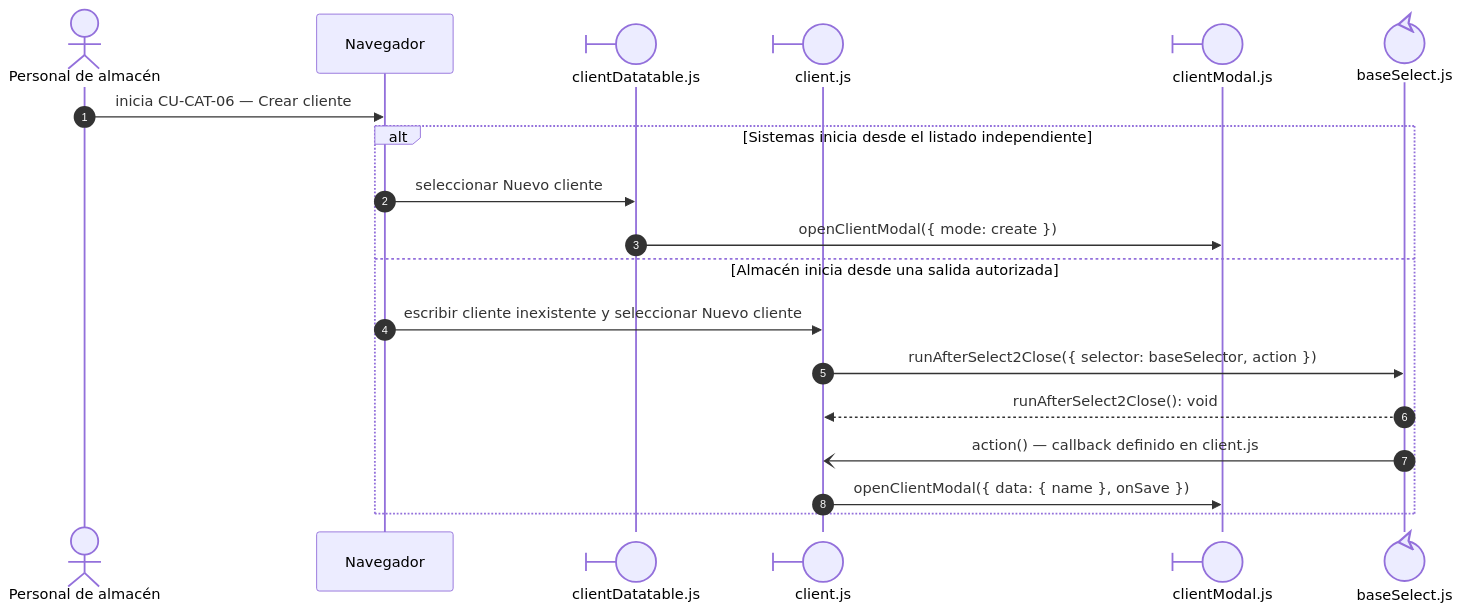
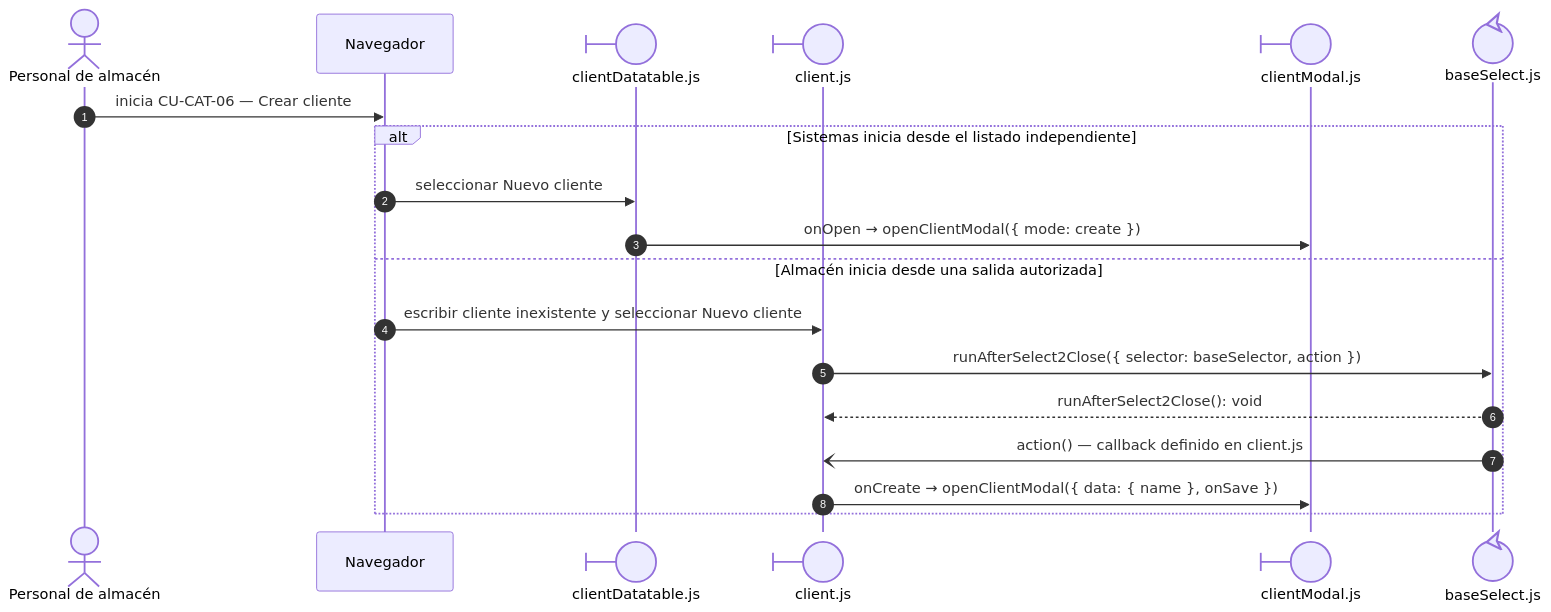
Before and after one commit to gpgsistemas01/nexus: the second of 5 diagrams in docs/architecture/views/processes/frontend-code-sequences/catalogs/cu-cat-06.md, drawn with Mermaid. The commit also changed other lines of this file and 240 other files, not shown here.

````diff
--- a/docs/architecture/views/processes/frontend-code-sequences/catalogs/cu-cat-06.md
+++ b/docs/architecture/views/processes/frontend-code-sequences/catalogs/cu-cat-06.md
@@ -133,23 +132,23 @@
 ```mermaid
 sequenceDiagram
     autonumber
     actor Initiator as Personal de almacén
     participant Browser as Navegador
     participant Origin@{ "type": "boundary" } as clientDatatable.js
     participant Select@{ "type": "boundary" } as client.js
     participant Modal@{ "type": "boundary" } as clientModal.js
 
     participant SelectBase@{ "type": "control" } as baseSelect.js
 
     Initiator->>Browser: inicia CU-CAT-06 — Crear cliente
     alt Sistemas inicia desde el listado independiente
         Browser->>Origin: seleccionar Nuevo cliente
-        Origin->>Modal: openClientModal({ mode: create })
+        Origin->>Modal: onOpen → openClientModal({ mode: create })
     else Almacén inicia desde una salida autorizada
         Browser->>Select: escribir cliente inexistente y seleccionar Nuevo cliente
         Select->>SelectBase: runAfterSelect2Close({ selector: baseSelector, action })
         SelectBase-->>Select: runAfterSelect2Close(): void
         SelectBase-)Select: action() — callback definido en client.js
-        Select->>Modal: openClientModal({ data: { name }, onSave })
+        Select->>Modal: onCreate → openClientModal({ data: { name }, onSave })
     end
 ```
````
